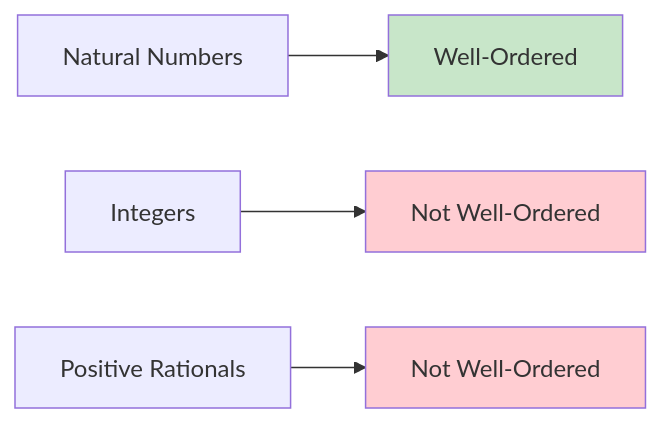
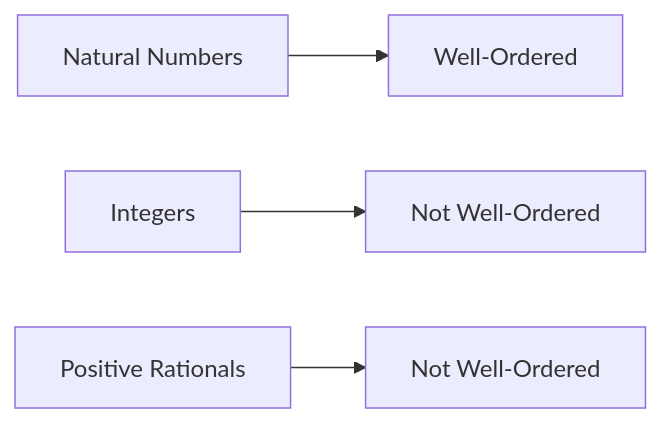
One commit to PanagopoulosNikolaos/University_Code changed the second of 2 diagrams in Semester_2/DISCREET_MATHEMATICS/4_Indexed Sets & Well Ordering Principle.md. Above: the diagram before and after it, drawn with Mermaid. The commit also changed other lines of this file and 8 other files, not shown here.

````diff
--- a/Semester_2/DISCREET_MATHEMATICS/4_Indexed Sets & Well Ordering Principle.md
+++ b/Semester_2/DISCREET_MATHEMATICS/4_Indexed Sets & Well Ordering Principle.md
@@ -48,11 +48,11 @@
 ```mermaid
 graph LR
     N["Natural Numbers"] --> WO["Well-Ordered"]
     Z["Integers"] --> NWO["Not Well-Ordered"]
     Q["Positive Rationals"] --> NWO2["Not Well-Ordered"]
     
-    style WO fill:#c8e6c9
-    style NWO fill:#ffcdd2
-    style NWO2 fill:#ffcdd2
+    style WO fill:#f
+    style NWO fill:#f
+    style NWO2 fill:#f
 
 ```
````
